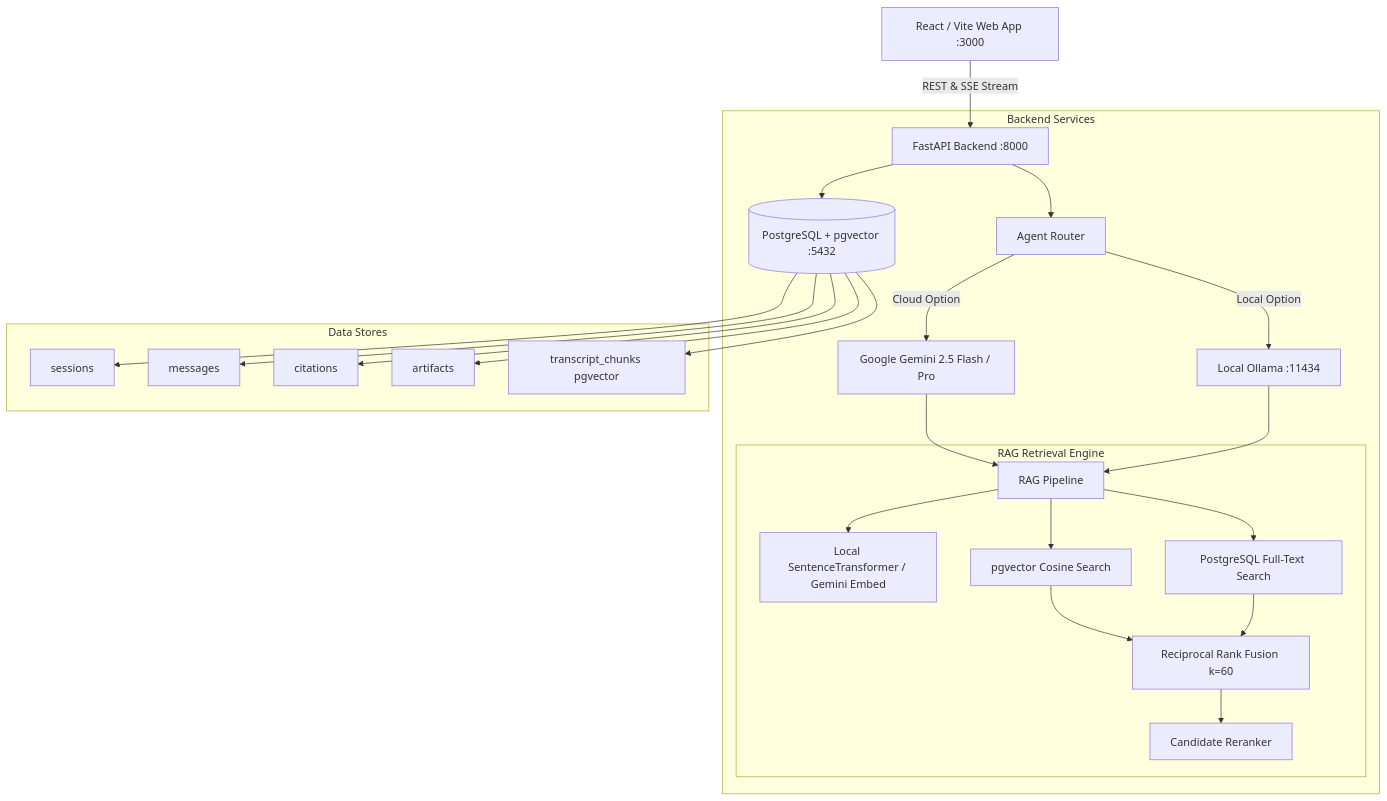
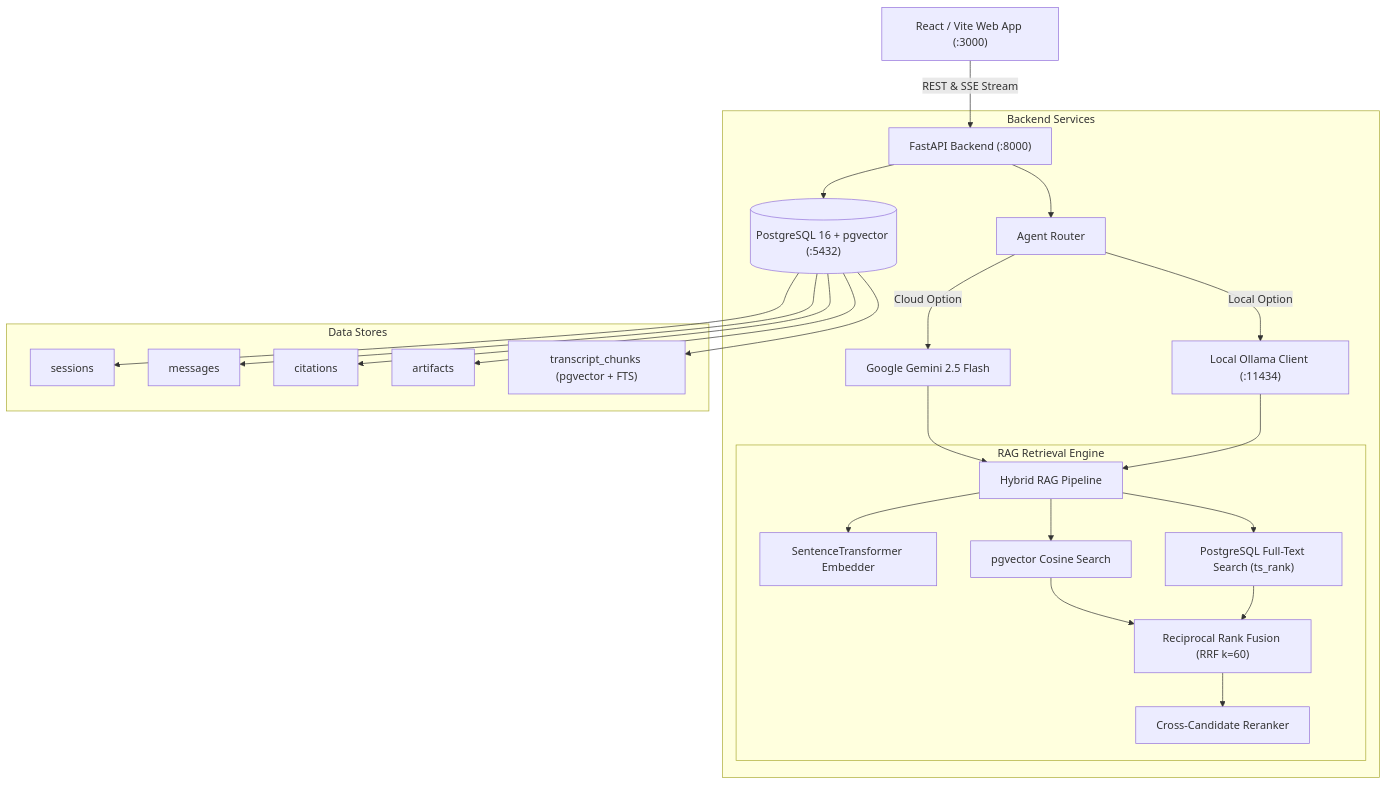
Before and after one commit to ShriAmogh/Oogway-Labs-FDE: the first of 3 diagrams in docs/architecture.md, drawn with Mermaid. The commit also changed other lines of this file and 1 other file, not shown here.

Commit message:
docs: replace ASCII diagrams with rich Mermaid charts for ERD and RAG pipeline

````diff
--- a/docs/architecture.md
+++ b/docs/architecture.md
@@ -6,32 +8,32 @@
 ```mermaid
 graph TD
-    Client[React / Vite Web App :3000] -->|REST & SSE Stream| API[FastAPI Backend :8000]
+    Client["React / Vite Web App (:3000)"] -->|REST & SSE Stream| API["FastAPI Backend (:8000)"]
     
-    subgraph Backend Services
-        API --> AgentRouter[Agent Router]
-        API --> DB[(PostgreSQL + pgvector :5432)]
+    subgraph Backend_Services ["Backend Services"]
+        API --> AgentRouter["Agent Router"]
+        API --> DB[("PostgreSQL 16 + pgvector (:5432)")]
         
-        AgentRouter -->|Cloud Option| GeminiAgent[Google Gemini 2.5 Flash / Pro]
-        AgentRouter -->|Local Option| OllamaAgent[Local Ollama :11434]
+        AgentRouter -->|Cloud Option| GeminiAgent["Google Gemini 2.5 Flash"]
+        AgentRouter -->|Local Option| OllamaAgent["Local Ollama Client (:11434)"]
         
-        GeminiAgent --> RAG[RAG Pipeline]
+        GeminiAgent --> RAG["Hybrid RAG Pipeline"]
         OllamaAgent --> RAG
         
-        subgraph RAG Retrieval Engine
-            RAG --> Embedder[Local SentenceTransformer / Gemini Embed]
-            RAG --> DenseSearch[pgvector Cosine Search]
-            RAG --> SparseSearch[PostgreSQL Full-Text Search]
-            DenseSearch --> RRF[Reciprocal Rank Fusion k=60]
+        subgraph RAG_Engine ["RAG Retrieval Engine"]
+            RAG --> Embedder["SentenceTransformer Embedder"]
+            RAG --> DenseSearch["pgvector Cosine Search"]
+            RAG --> SparseSearch["PostgreSQL Full-Text Search (ts_rank)"]
+            DenseSearch --> RRF["Reciprocal Rank Fusion (RRF k=60)"]
             SparseSearch --> RRF
-            RRF --> Reranker[Candidate Reranker]
+            RRF --> Reranker["Cross-Candidate Reranker"]
         end
     end
     
-    subgraph Data Stores
-        DB --> SessionsTbl[sessions]
-        DB --> MessagesTbl[messages]
-        DB --> CitationsTbl[citations]
-        DB --> ArtifactsTbl[artifacts]
-        DB --> ChunksTbl[transcript_chunks pgvector]
+    subgraph Data_Stores ["Data Stores"]
+        DB --> SessionsTbl["sessions"]
+        DB --> MessagesTbl["messages"]
+        DB --> CitationsTbl["citations"]
+        DB --> ArtifactsTbl["artifacts"]
+        DB --> ChunksTbl["transcript_chunks (pgvector + FTS)"]
     end
 ```
````
